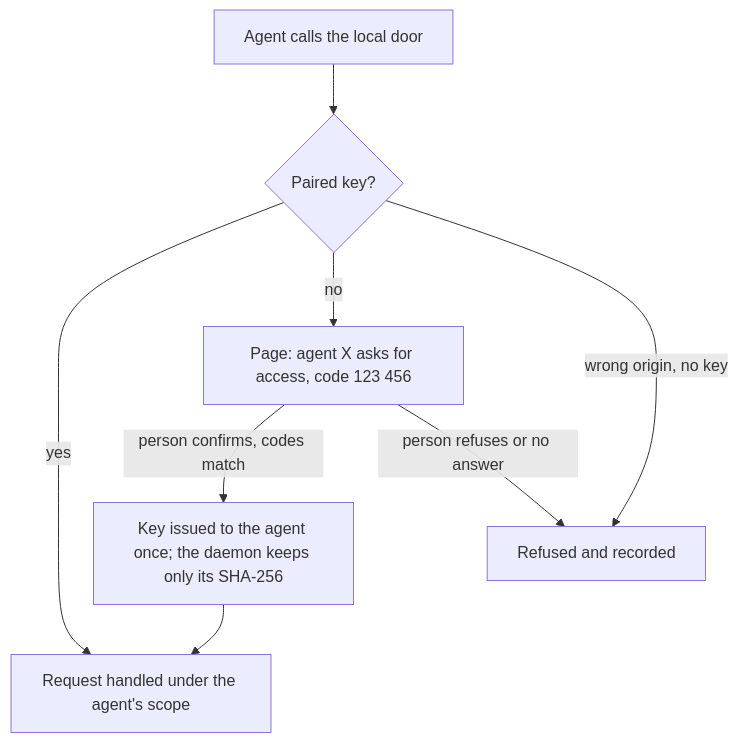
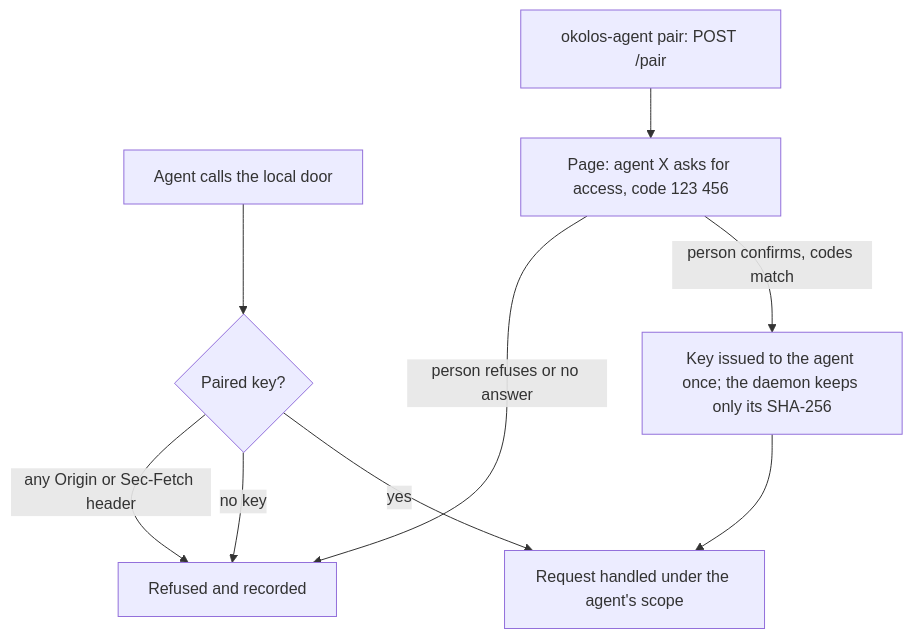
Diagram 21 of 23 in docs/ux/flows.md (passioncode-ai/okolos), drawn with Mermaid before and after one commit. The commit also changed 20 other files, not shown here.

````diff
--- a/docs/ux/flows.md
+++ b/docs/ux/flows.md
@@ -707,10 +707,12 @@
 ```mermaid
 flowchart TD
   A[Agent calls the local door] --> K{Paired key?}
+  PR[okolos-agent pair: POST /pair] --> P
   K -->|yes| OK[Request handled under the agent's scope]
-  K -->|no| P[Page: agent X asks for access, code 123 456]
+  K -->|no key| N
+  P[Page: agent X asks for access, code 123 456]
   P -->|person confirms, codes match| R[Key issued to the agent once; the daemon keeps only its SHA-256]
   P -->|person refuses or no answer| N[Refused and recorded]
   R --> OK
-  K -->|wrong origin, no key| N
+  K -->|any Origin or Sec-Fetch header| N
 ```
````
